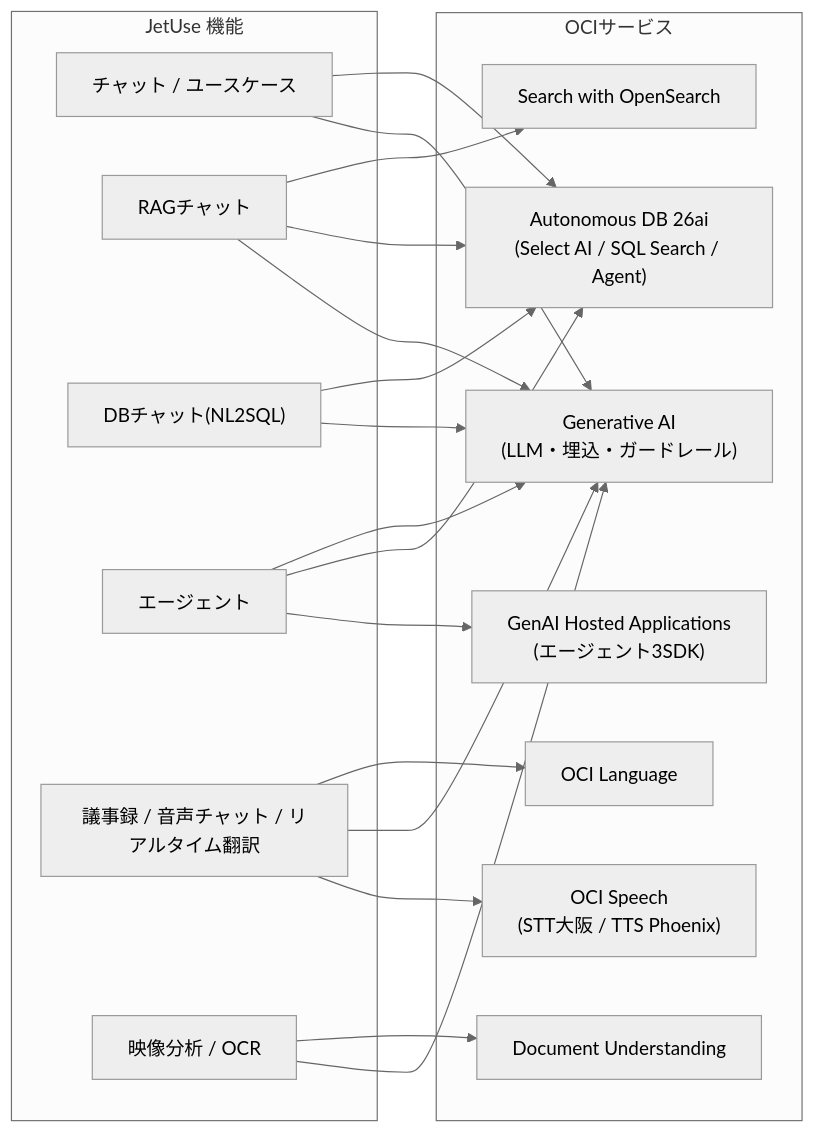
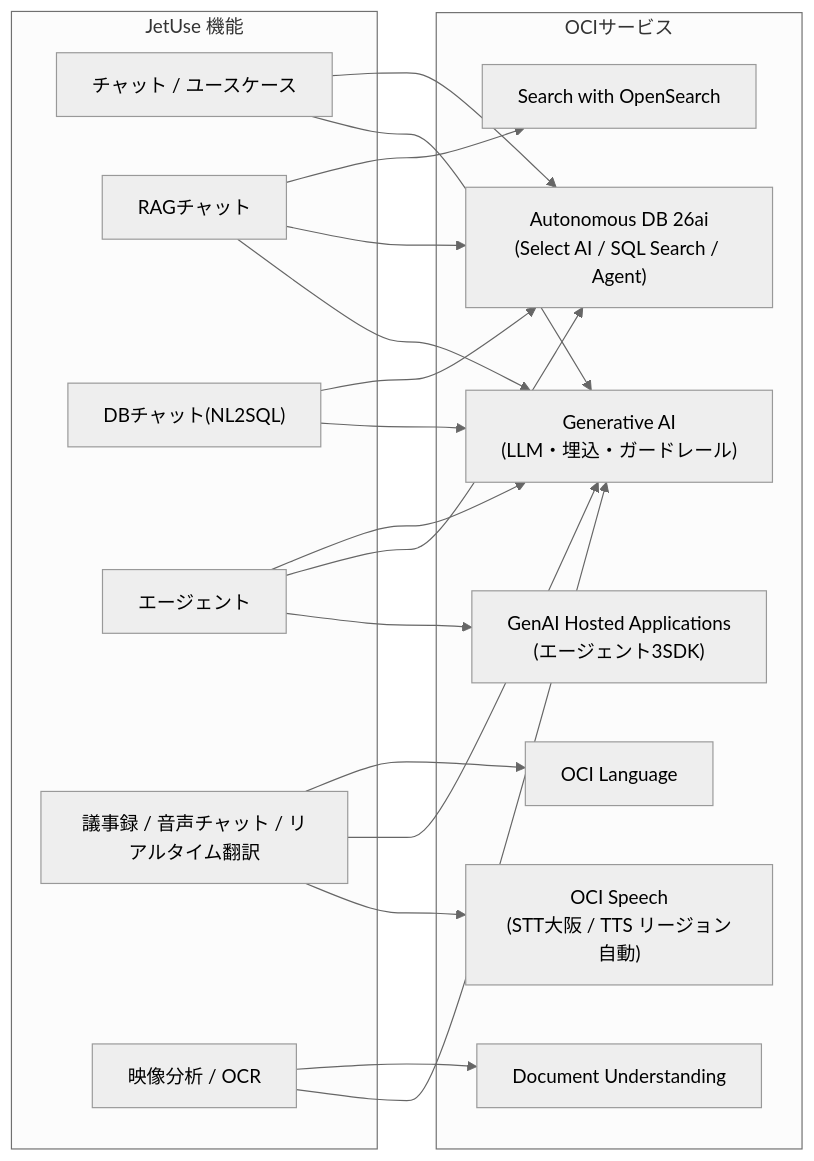
One commit to sogawa-yk/jetuse changed the first of 8 diagrams in docs/architecture/system.md. Above: the diagram before and after it, drawn with Mermaid (neutral theme). The commit also changed other lines of this file and 55 other files, not shown here.

````diff
--- a/docs/architecture/system.md
+++ b/docs/architecture/system.md
@@ -41,26 +41,26 @@
 ```mermaid
 flowchart LR
   subgraph feat["JetUse 機能"]
     F1["チャット / ユースケース"]
     F2["RAGチャット"]
     F3["DBチャット(NL2SQL)"]
     F4["エージェント"]
     F5["議事録 / 音声チャット / リアルタイム翻訳"]
     F6["映像分析 / OCR"]
   end
   subgraph svc["OCIサービス"]
     GENAI["Generative AI<br/>(LLM・埋込・ガードレール)"]
     HOST["GenAI Hosted Applications<br/>(エージェント3SDK)"]
     ADB["Autonomous DB 26ai<br/>(Select AI / SQL Search / Agent)"]
     OSRCH["Search with OpenSearch"]
-    SPEECH["OCI Speech<br/>(STT大阪 / TTS Phoenix)"]
+    SPEECH["OCI Speech<br/>(STT大阪 / TTS リージョン自動)"]
     LANG["OCI Language"]
     DOCU["Document Understanding"]
   end
   F1 --> GENAI & ADB
   F2 --> GENAI & ADB & OSRCH
   F3 --> GENAI & ADB
   F4 --> HOST & ADB & GENAI
   F5 --> SPEECH & GENAI & LANG
   F6 --> GENAI & DOCU
 ```
````
